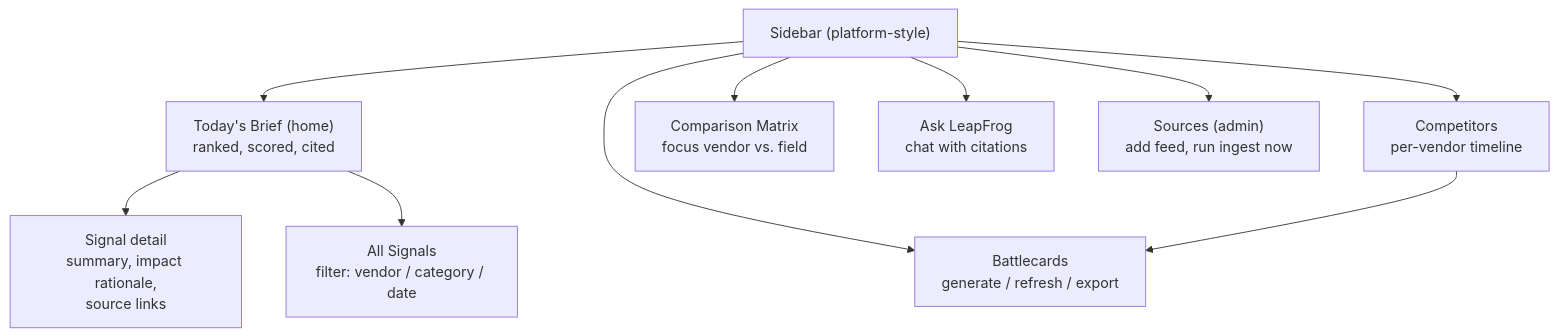
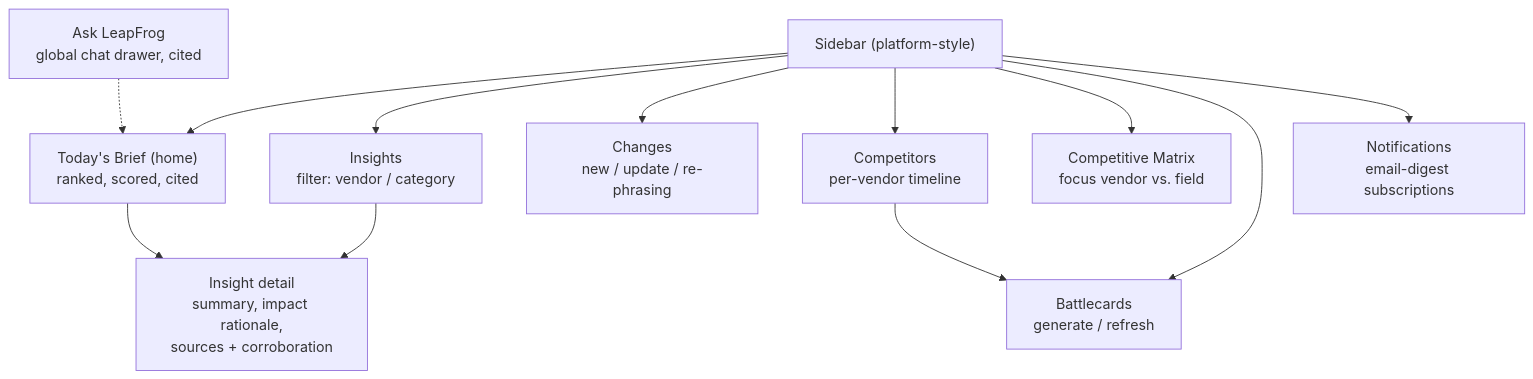
The fourth of 4 diagrams in docs/diagrams/product-scenarios.md (doruyaar/leapfrog), drawn with Mermaid before and after one commit. The commit also changed 12 other files, not shown here.

Commit message:
feat: enhance documentation and add visual aids for insights and notifications

````diff
--- a/docs/diagrams/product-scenarios.md
+++ b/docs/diagrams/product-scenarios.md
@@ -82,12 +82,14 @@
 ```mermaid
 flowchart TD
-    HOME["Today's Brief (home)<br/>ranked, scored, cited"] --> ITEM["Signal detail<br/>summary, impact rationale,<br/>source links"]
-    HOME --> FEED["All Signals<br/>filter: vendor / category / date"]
+    HOME["Today's Brief (home)<br/>ranked, scored, cited"] --> ITEM["Insight detail<br/>summary, impact rationale,<br/>sources + corroboration"]
     NAV["Sidebar (platform-style)"] --> HOME
+    NAV --> FEED["Insights<br/>filter: vendor / category"]
+    NAV --> CHG["Changes<br/>new / update / re-phrasing"]
     NAV --> COMP["Competitors<br/>per-vendor timeline"]
-    NAV --> MATRIX["Comparison Matrix<br/>focus vendor vs. field"]
-    NAV --> CARDS["Battlecards<br/>generate / refresh / export"]
-    NAV --> ASKP["Ask LeapFrog<br/>chat with citations"]
-    NAV --> SRC["Sources (admin)<br/>add feed, run ingest now"]
+    NAV --> MATRIX["Competitive Matrix<br/>focus vendor vs. field"]
+    NAV --> CARDS["Battlecards<br/>generate / refresh"]
+    NAV --> NOTIF["Notifications<br/>email-digest subscriptions"]
+    ASK["Ask LeapFrog<br/>global chat drawer, cited"] -.-> HOME
+    FEED --> ITEM
     COMP --> CARDS
 ```
````
